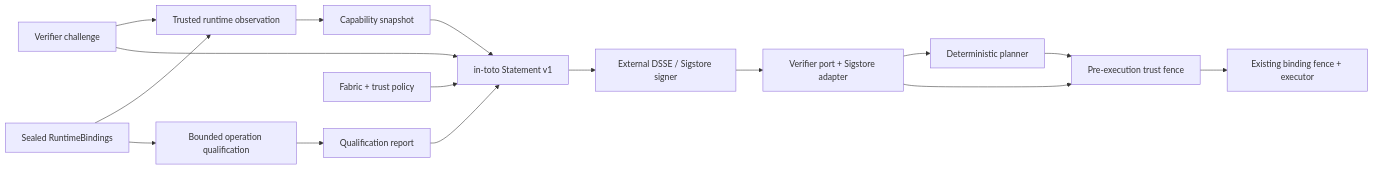
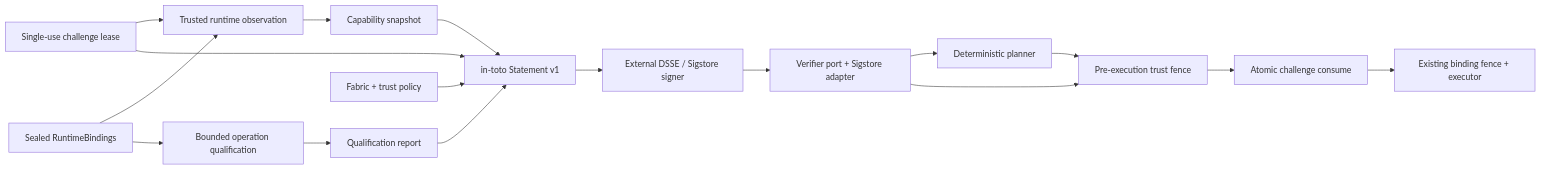
One commit to aantenore/stagefabric changed the diagram in docs/adr/0004-authenticated-capability-snapshots.md. Above: the diagram before and after it, drawn with Mermaid. The commit also changed other lines of this file and 6 other files, not shown here.

````diff
--- a/docs/adr/0004-authenticated-capability-snapshots.md
+++ b/docs/adr/0004-authenticated-capability-snapshots.md
@@ -26,18 +28,19 @@
 ```mermaid
 flowchart LR
-  C["Verifier challenge"] --> O["Trusted runtime observation"]
+  C["Single-use challenge lease"] --> O["Trusted runtime observation"]
   B["Sealed RuntimeBindings"] --> O
   B --> Q["Bounded operation qualification"]
   O --> S["Capability snapshot"]
   Q --> R["Qualification report"]
   S --> I["in-toto Statement v1"]
   R --> I
   F["Fabric + trust policy"] --> I
   C --> I
   I --> D["External DSSE / Sigstore signer"]
   D --> V["Verifier port + Sigstore adapter"]
   V --> P["Deterministic planner"]
   V --> X["Pre-execution trust fence"]
   P --> X
-  X --> E["Existing binding fence + executor"]
+  X --> U["Atomic challenge consume"]
+  U --> E["Existing binding fence + executor"]
 ```
````
